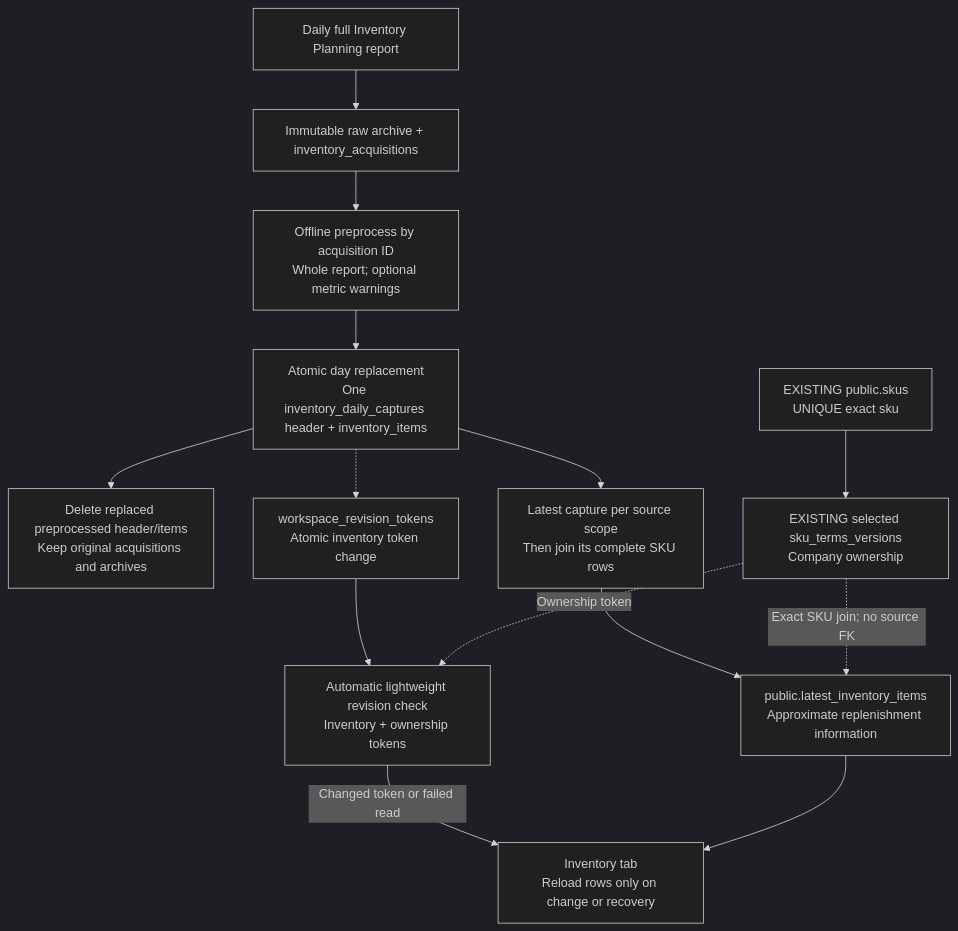
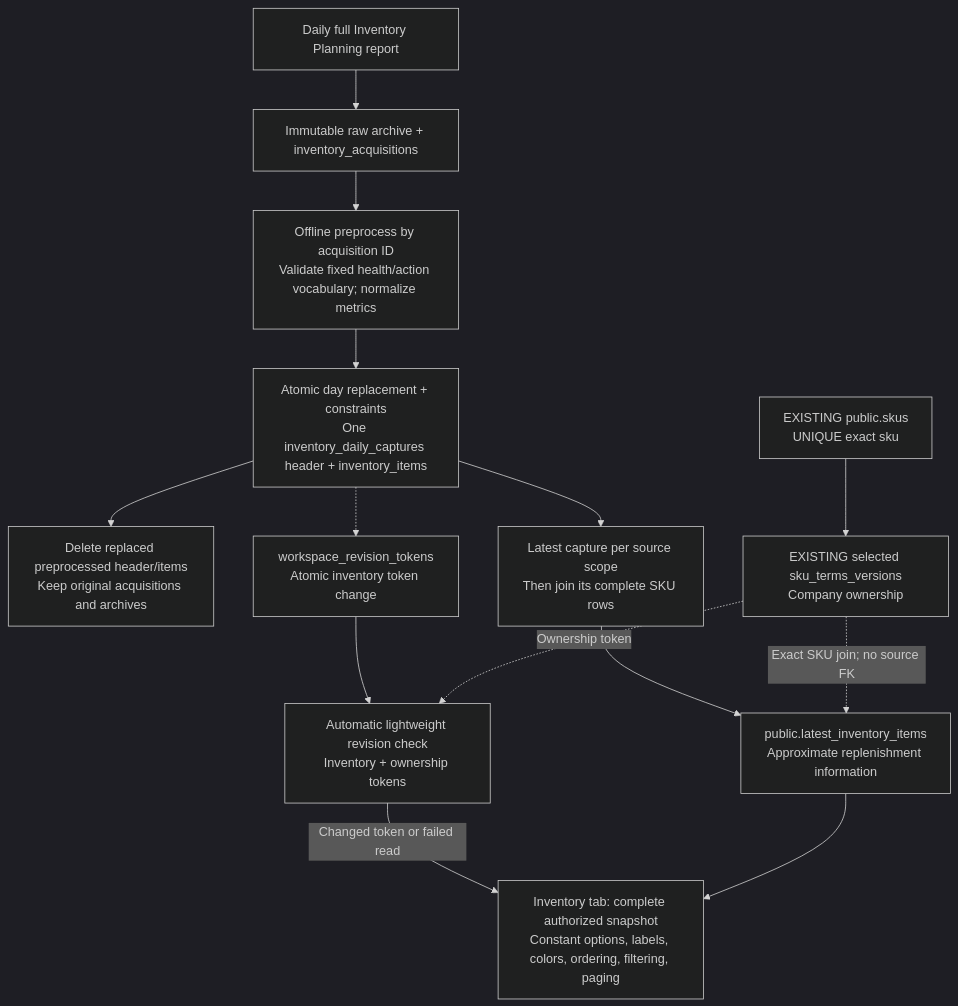
One commit to qwercxzsda/A-SelBox changed the diagram in docs/figures/database/10-inventory-workflow.mmd. Above: the diagram before and after it, drawn with Mermaid (dark theme). The commit also changed 126 other files, not shown here.

```diff
--- a/docs/figures/database/10-inventory-workflow.mmd
+++ b/docs/figures/database/10-inventory-workflow.mmd
@@ -1,21 +1,21 @@
 flowchart TB
     API["Daily full Inventory Planning report"]
     ARCHIVE["Immutable raw archive + inventory_acquisitions"]
-    PARSE["Offline preprocess by acquisition ID<br/>Whole report; optional metric warnings"]
-    REPLACE["Atomic day replacement<br/>One inventory_daily_captures header + inventory_items"]
+    PARSE["Offline preprocess by acquisition ID<br/>Validate fixed health/action vocabulary; normalize metrics"]
+    REPLACE["Atomic day replacement + constraints<br/>One inventory_daily_captures header + inventory_items"]
     OLD["Delete replaced preprocessed header/items<br/>Keep original acquisitions and archives"]
     LATEST["Latest capture per source scope<br/>Then join its complete SKU rows"]
     SKU["EXISTING public.skus<br/>UNIQUE exact sku"]
     TERMS["EXISTING selected sku_terms_versions<br/>Company ownership"]
     VIEW["public.latest_inventory_items<br/>Approximate replenishment information"]
     TOKEN["workspace_revision_tokens<br/>Atomic inventory token change"]
     CHECK["Automatic lightweight revision check<br/>Inventory + ownership tokens"]
-    BROWSER["Inventory tab<br/>Reload rows only on change or recovery"]
+    BROWSER["Inventory tab: complete authorized snapshot<br/>Constant options, labels, colors, ordering, filtering, paging"]
     API --> ARCHIVE --> PARSE --> REPLACE --> LATEST --> VIEW
     REPLACE --> OLD
     REPLACE -.-> TOKEN --> CHECK
     TERMS -.->|"Ownership token"| CHECK
     CHECK -->|"Changed token or failed read"| BROWSER
     VIEW --> BROWSER
     SKU --> TERMS
     TERMS -.->|"Exact SKU join; no source FK"| VIEW
```
